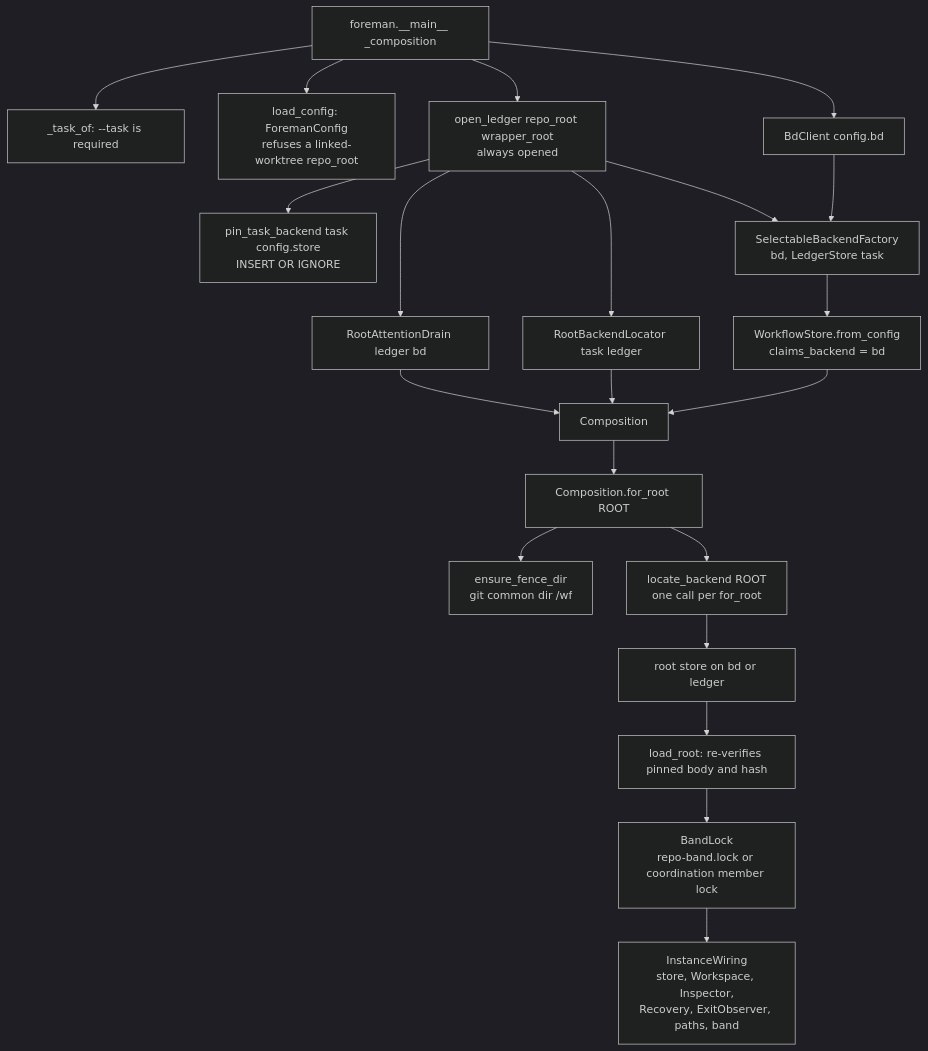
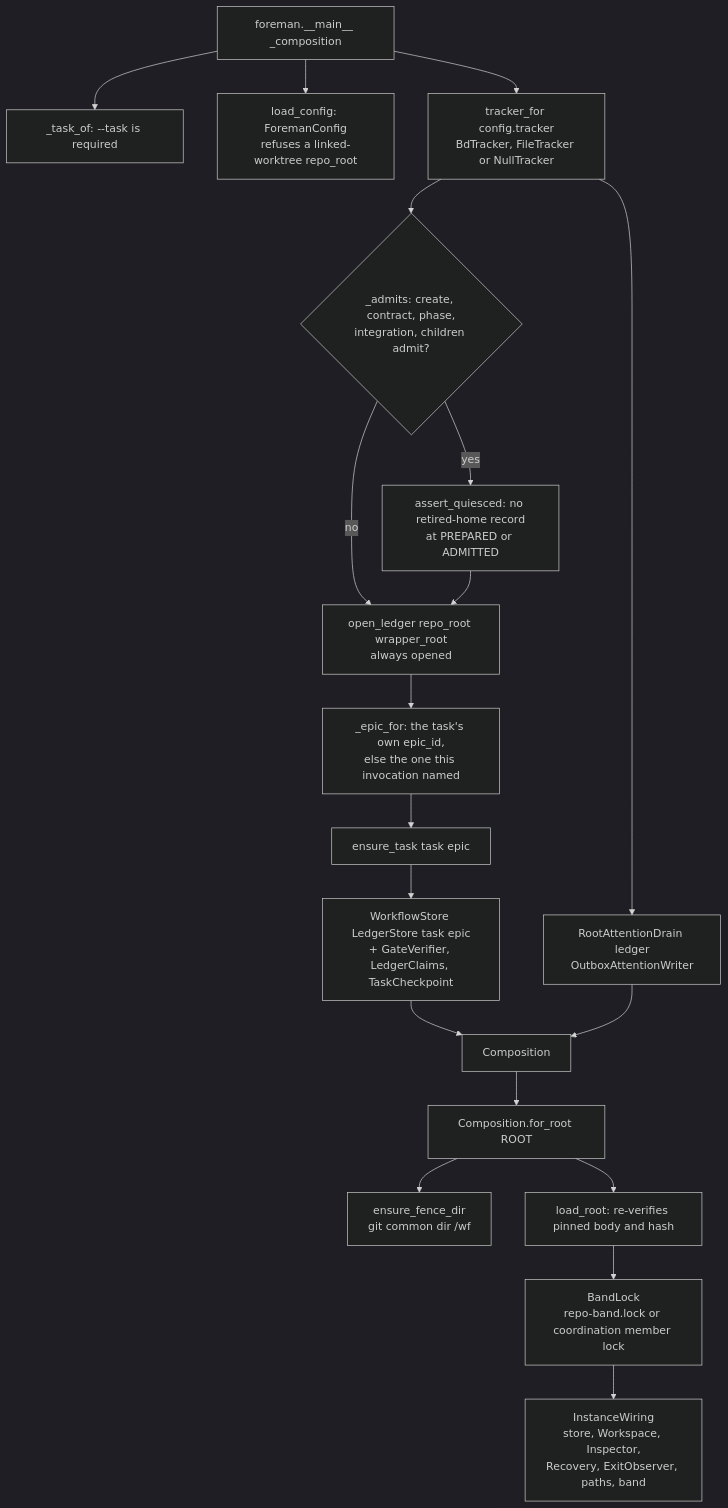
The fifth of 45 diagrams in docs/workflow-interpreter-guide/diagrams.md (MVPavan/coding-ritual), drawn with Mermaid (dark theme) before and after one commit. The commit also changed other lines of this file and 7 other files, not shown here.

First line of the commit message:
docs(store-restructure): close the epic out — the docs tell the truth

````diff
--- a/docs/workflow-interpreter-guide/diagrams.md
+++ b/docs/workflow-interpreter-guide/diagrams.md
@@ -248,23 +252,21 @@
 ```mermaid
 flowchart TB
   MAIN["foreman.__main__ _composition"] --> TASK["_task_of: --task is required"]
   MAIN --> CFG["load_config: ForemanConfig<br/>refuses a linked-worktree repo_root"]
-  MAIN --> BDC["BdClient config.bd"]
-  MAIN --> OPEN["open_ledger repo_root wrapper_root<br/>always opened"]
-  OPEN --> PIN["pin_task_backend task config.store<br/>INSERT OR IGNORE"]
-  BDC --> FACT["SelectableBackendFactory<br/>bd, LedgerStore task"]
-  OPEN --> FACT
-  FACT --> WS["WorkflowStore.from_config<br/>claims_backend = bd"]
-  OPEN --> LOC["RootBackendLocator task ledger"]
-  OPEN --> DRAIN["RootAttentionDrain ledger bd"]
+  MAIN --> TRK["tracker_for config.tracker<br/>BdTracker, FileTracker or NullTracker"]
+  TRK --> QUI{"_admits: create, contract, phase,<br/>integration, children admit?"}
+  QUI -->|"yes"| PROBE["assert_quiesced: no retired-home record<br/>at PREPARED or ADMITTED"]
+  QUI -->|"no"| OPEN
+  PROBE --> OPEN["open_ledger repo_root wrapper_root<br/>always opened"]
+  OPEN --> EPIC["_epic_for: the task's own epic_id,<br/>else the one this invocation named"]
+  EPIC --> ENS["ensure_task task epic"]
+  ENS --> WS["WorkflowStore LedgerStore task epic<br/>+ GateVerifier, LedgerClaims, TaskCheckpoint"]
   WS --> COMP["Composition"]
-  LOC --> COMP
+  TRK --> DRAIN["RootAttentionDrain ledger<br/>OutboxAttentionWriter"]
   DRAIN --> COMP
   COMP --> FOR["Composition.for_root ROOT"]
   FOR --> FENCE["ensure_fence_dir<br/>git common dir /wf"]
-  FOR --> WHICH["locate_backend ROOT<br/>one call per for_root"]
-  WHICH --> RS["root store on bd or ledger"]
-  RS --> LOAD["load_root: re-verifies pinned body and hash"]
+  FOR --> LOAD["load_root: re-verifies pinned body and hash"]
   LOAD --> BAND["BandLock<br/>repo-band.lock or coordination member lock"]
   BAND --> WIRING["InstanceWiring<br/>store, Workspace, Inspector,<br/>Recovery, ExitObserver, paths, band"]
 ```
````
